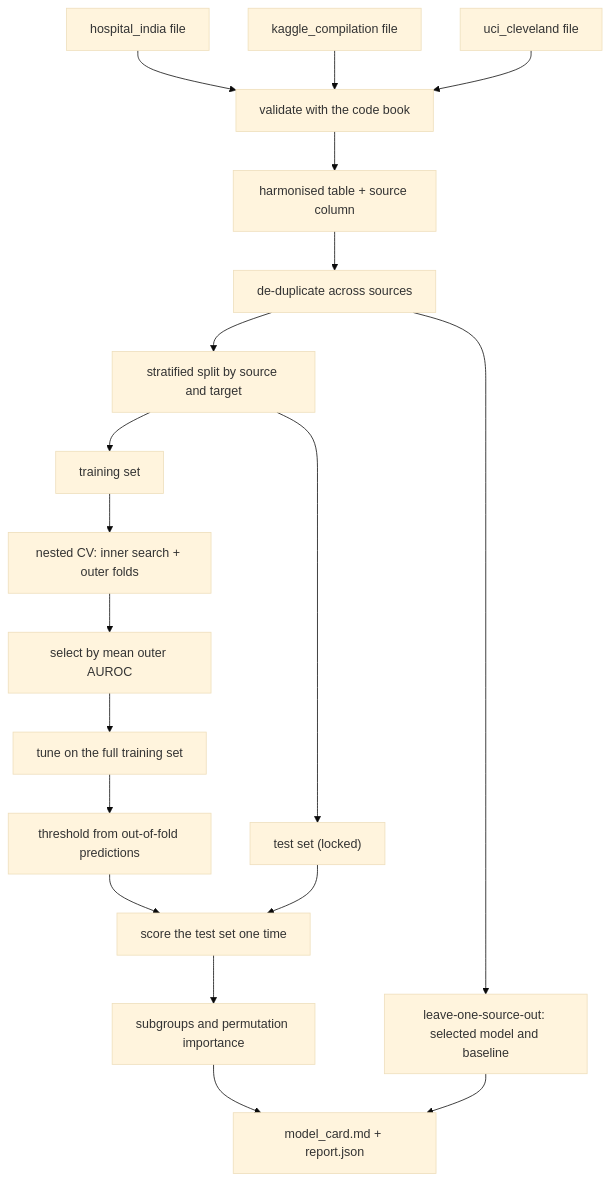
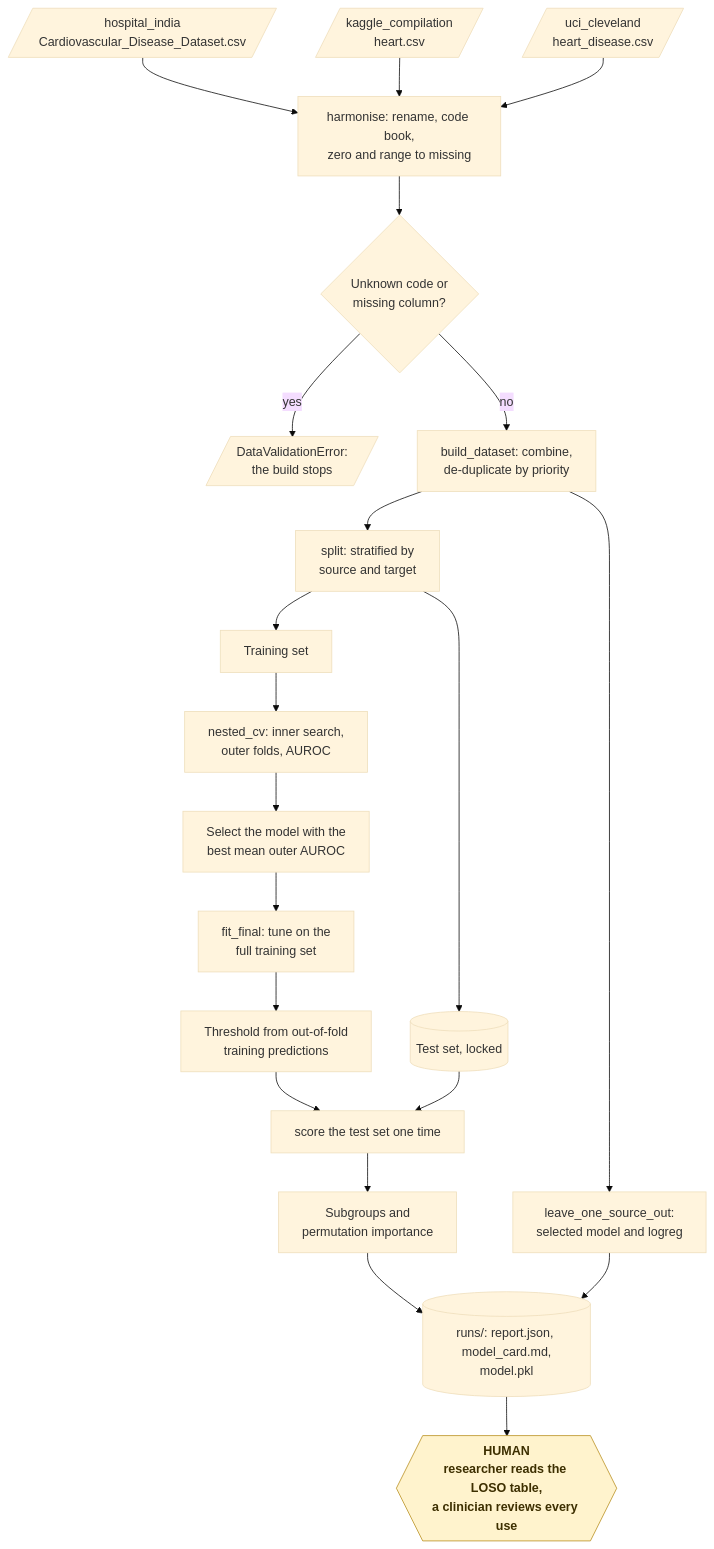
The fifth of 21 diagrams in README.md (KrishnaAnnavaram/heartstack), drawn with Mermaid (base theme) before and after one commit. The commit also changed other lines of this file, not shown here.

Commit message:
Add the workflow diagrams to the README

````diff
--- a/README.md
+++ b/README.md
@@ -190,18 +234,26 @@
 ```mermaid
-flowchart TB
-    R1["hospital_india file"] --> V["validate with the code book"]
-    R2["kaggle_compilation file"] --> V
-    R3["uci_cleveland file"] --> V
-    V --> H["harmonised table + source column"] --> D["de-duplicate across sources"]
-    D --> S["stratified split by source and target"]
-    S --> TR["training set"]
-    S --> TE["test set (locked)"]
-    TR --> N["nested CV: inner search + outer folds"] --> SEL["select by mean outer AUROC"]
-    SEL --> F["tune on the full training set"] --> TH["threshold from out-of-fold predictions"]
+flowchart TD
+    R1[/"hospital_india<br/>Cardiovascular_Disease_Dataset.csv"/] --> V["harmonise: rename, code book,<br/>zero and range to missing"]
+    R2[/"kaggle_compilation<br/>heart.csv"/] --> V
+    R3[/"uci_cleveland<br/>heart_disease.csv"/] --> V
+    V --> UNK{"Unknown code or<br/>missing column?"}
+    UNK -- "yes" --> ERR[/"DataValidationError:<br/>the build stops"/]
+    UNK -- "no" --> D["build_dataset: combine,<br/>de-duplicate by priority"]
+    D --> S["split: stratified by<br/>source and target"]
+    S --> TR["Training set"]
+    S --> TE[("Test set, locked")]
+    TR --> N["nested_cv: inner search,<br/>outer folds, AUROC"]
+    N --> SEL["Select the model with the<br/>best mean outer AUROC"]
+    SEL --> F["fit_final: tune on the<br/>full training set"]
+    F --> TH["Threshold from out-of-fold<br/>training predictions"]
     TH --> EV["score the test set one time"]
     TE --> EV
-    EV --> SG["subgroups and permutation importance"]
-    D --> L["leave-one-source-out: selected model and baseline"]
-    SG --> MC["model_card.md + report.json"]
+    EV --> SG["Subgroups and<br/>permutation importance"]
+    D --> L["leave_one_source_out:<br/>selected model and logreg"]
+    SG --> MC[("runs/: report.json, model_card.md,<br/>model.pkl")]
     L --> MC
+    MC --> HUMAN{{"HUMAN<br/>researcher reads the LOSO table,<br/>a clinician reviews every use"}}
+
+    classDef human fill:#fff3cd,stroke:#b8901f,color:#3d2f00,font-weight:bold
+    class HUMAN human
 ```
````
